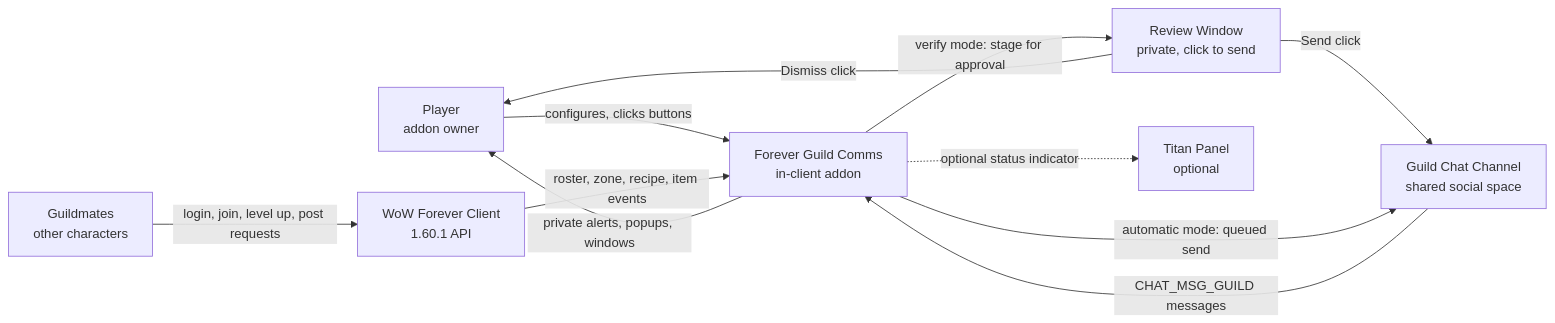
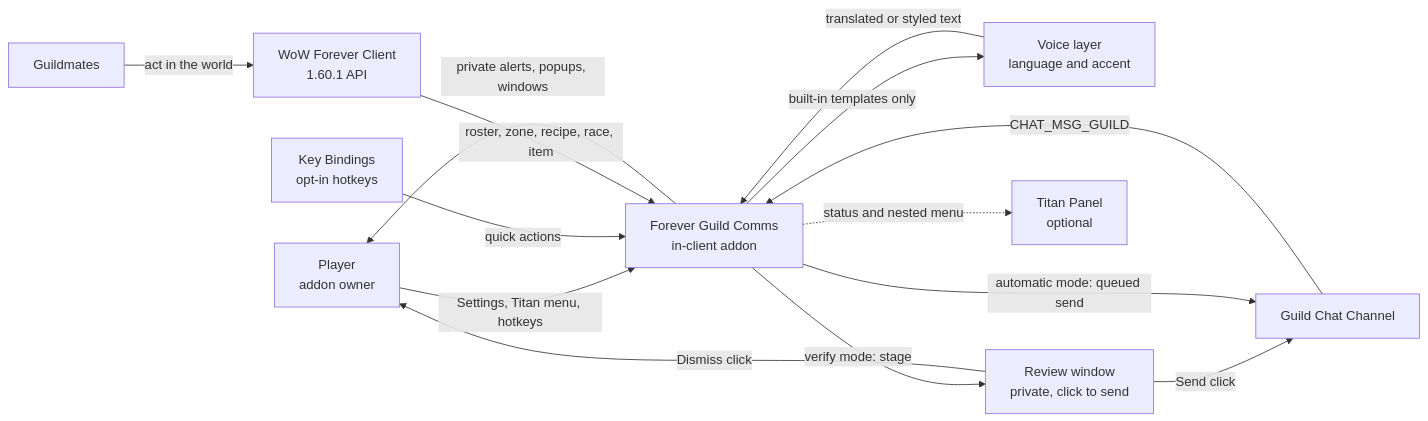
Before and after one commit to mreillyorg/ForeverGuildComms: the diagram in aidlc-docs/inception/reverse-engineering/business-overview.md, drawn with Mermaid. The commit also changed other lines of this file and 22 other files, not shown here.

First line of the commit message:
Add opt-in key bindings for quick actions (0.4.1-beta)

````diff
--- a/aidlc-docs/inception/reverse-engineering/business-overview.md
+++ b/aidlc-docs/inception/reverse-engineering/business-overview.md
@@ -8,21 +10,26 @@
 ```mermaid
 flowchart LR
     Player["Player<br/>addon owner"]
-    Guildmates["Guildmates<br/>other characters"]
+    Guildmates["Guildmates"]
     Addon["Forever Guild Comms<br/>in-client addon"]
-    Review["Review Window<br/>private, click to send"]
-    GuildChat["Guild Chat Channel<br/>shared social space"]
+    Voice["Voice layer<br/>language and accent"]
+    Review["Review window<br/>private, click to send"]
+    GuildChat["Guild Chat Channel"]
     Client["WoW Forever Client<br/>1.60.1 API"]
     Titan["Titan Panel<br/>optional"]
+    Keys["Key Bindings<br/>opt-in hotkeys"]
 
-    Player -->|"configures, clicks buttons"| Addon
+    Player -->|"Settings, Titan menu, hotkeys"| Addon
+    Keys -->|"quick actions"| Addon
     Addon -->|"private alerts, popups, windows"| Player
-    Addon -->|"verify mode: stage for approval"| Review
+    Addon -->|"built-in templates only"| Voice
+    Voice -->|"translated or styled text"| Addon
+    Addon -->|"verify mode: stage"| Review
     Review -->|"Send click"| GuildChat
     Review -->|"Dismiss click"| Player
     Addon -->|"automatic mode: queued send"| GuildChat
-    GuildChat -->|"CHAT_MSG_GUILD messages"| Addon
-    Client -->|"roster, zone, recipe, item events"| Addon
-    Guildmates -->|"login, join, level up, post requests"| Client
-    Addon -.->|"optional status indicator"| Titan
+    GuildChat -->|"CHAT_MSG_GUILD"| Addon
+    Client -->|"roster, zone, recipe, race, item"| Addon
+    Guildmates -->|"act in the world"| Client
+    Addon -.->|"status and nested menu"| Titan
 ```
````
